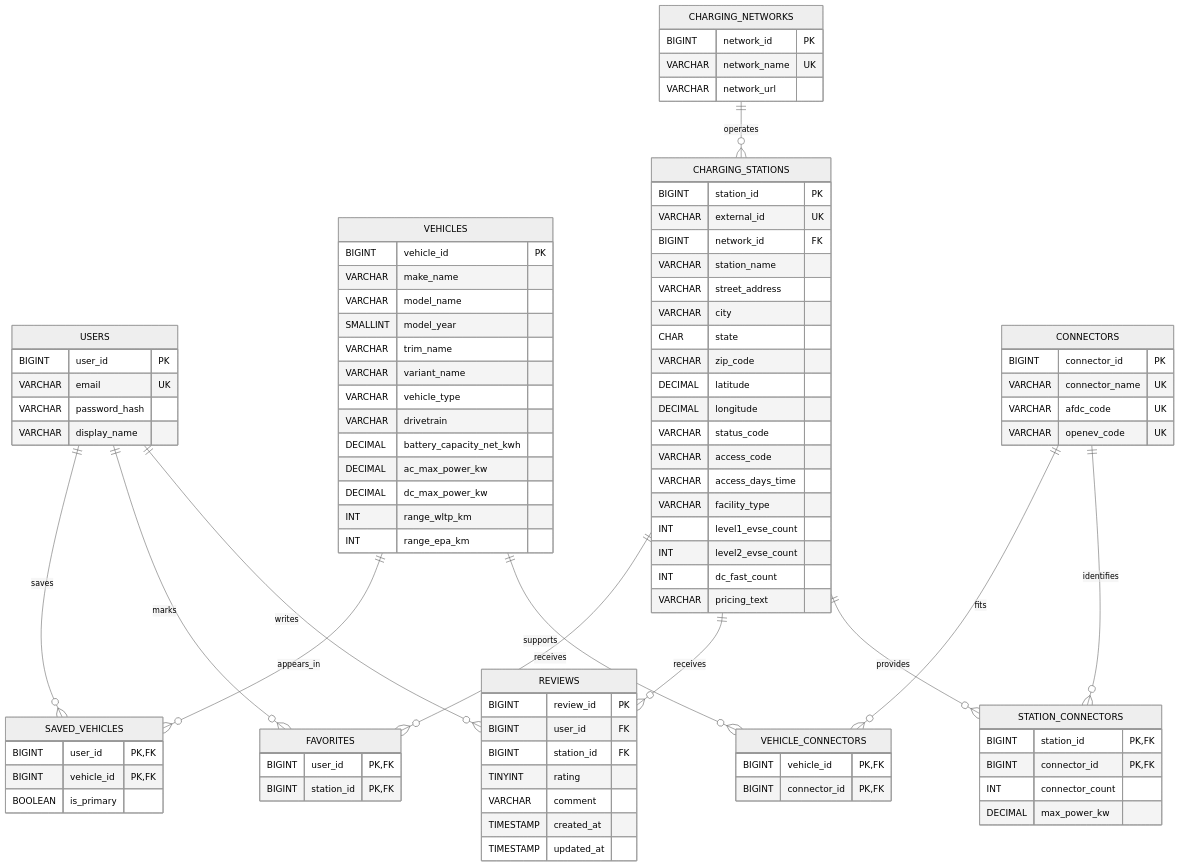
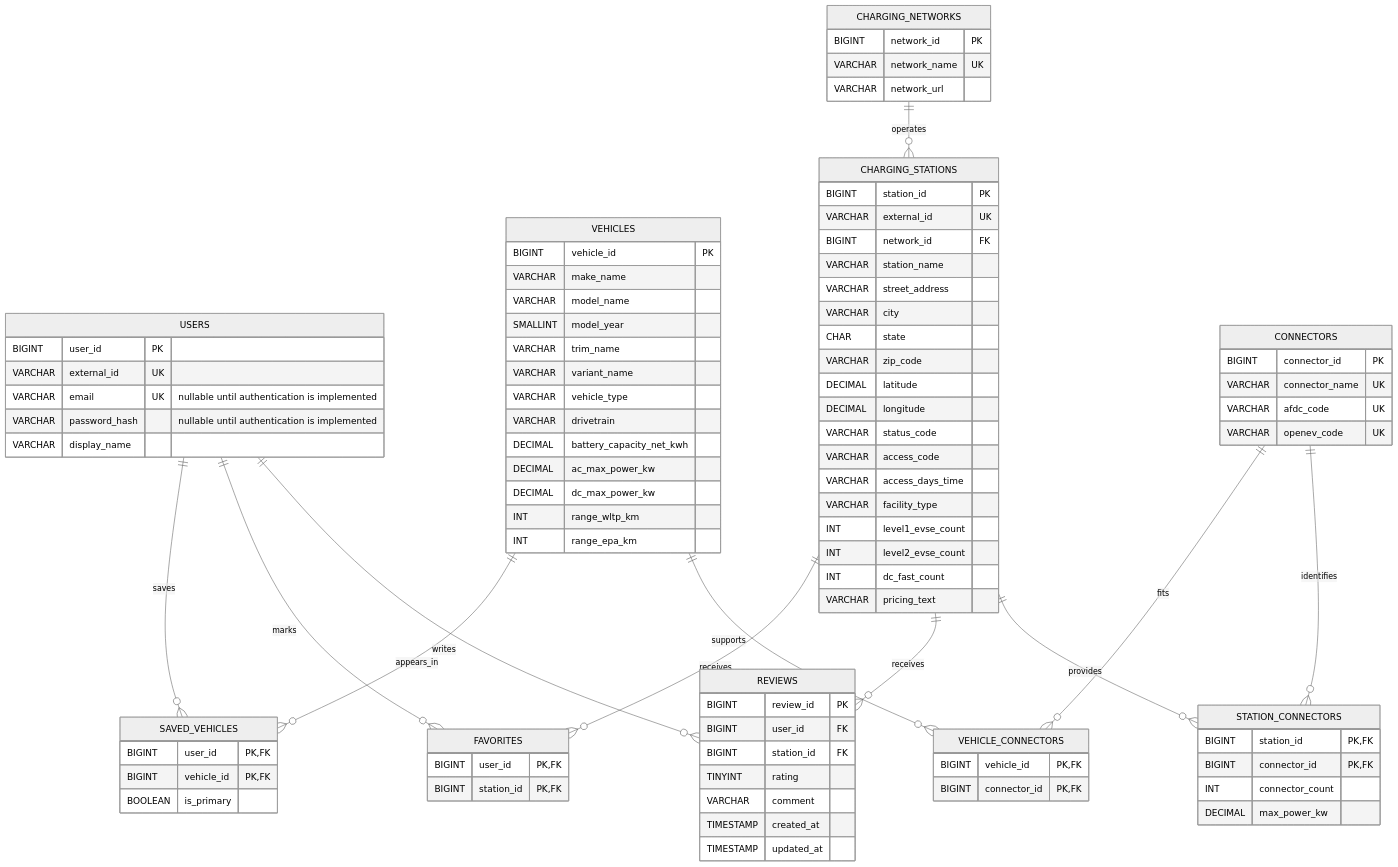
Before and after one commit to Yeran0508/EVFinder: the diagram in docs/database/README.md, drawn with Mermaid (neutral theme). The commit also changed 16 other files, not shown here.

```diff
--- a/docs/database/README.md
+++ b/docs/database/README.md
@@ -22,8 +22,9 @@
 
     USERS {
         BIGINT user_id PK
-        VARCHAR email UK
-        VARCHAR password_hash
+        VARCHAR external_id UK
+        VARCHAR email UK "nullable until authentication is implemented"
+        VARCHAR password_hash "nullable until authentication is implemented"
         VARCHAR display_name
     }
 
```
